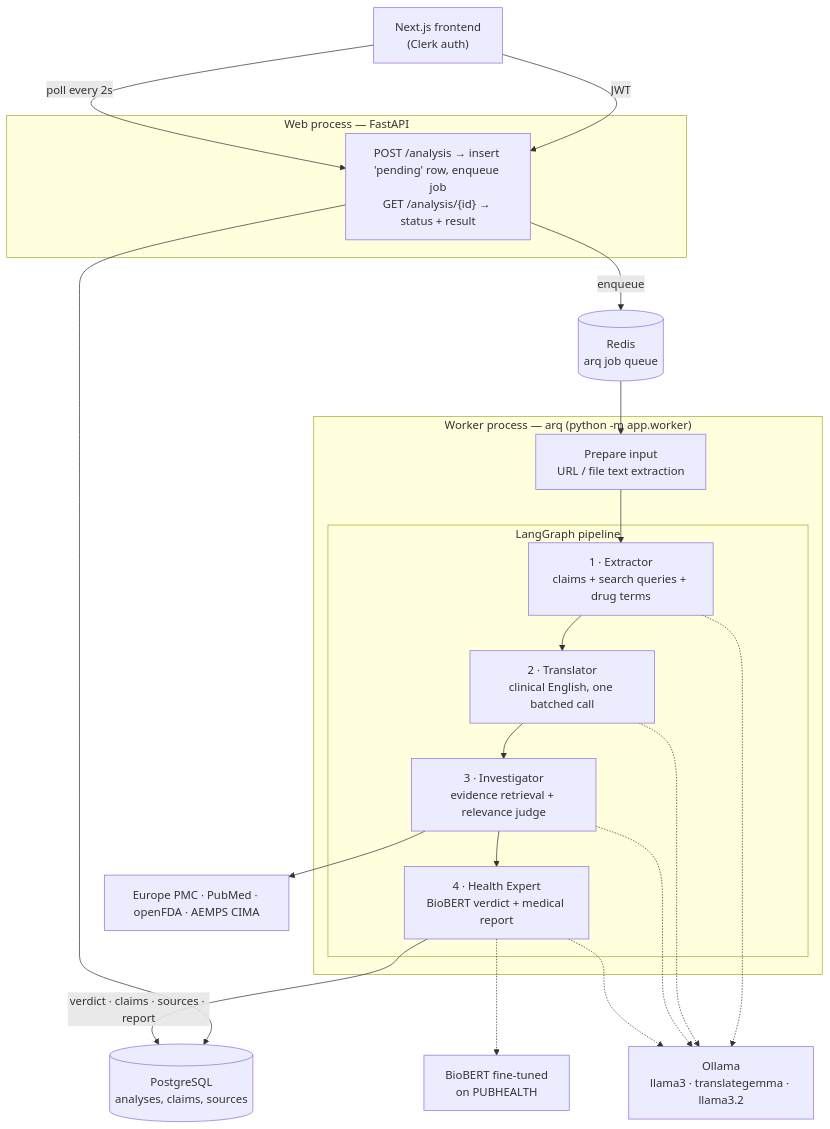
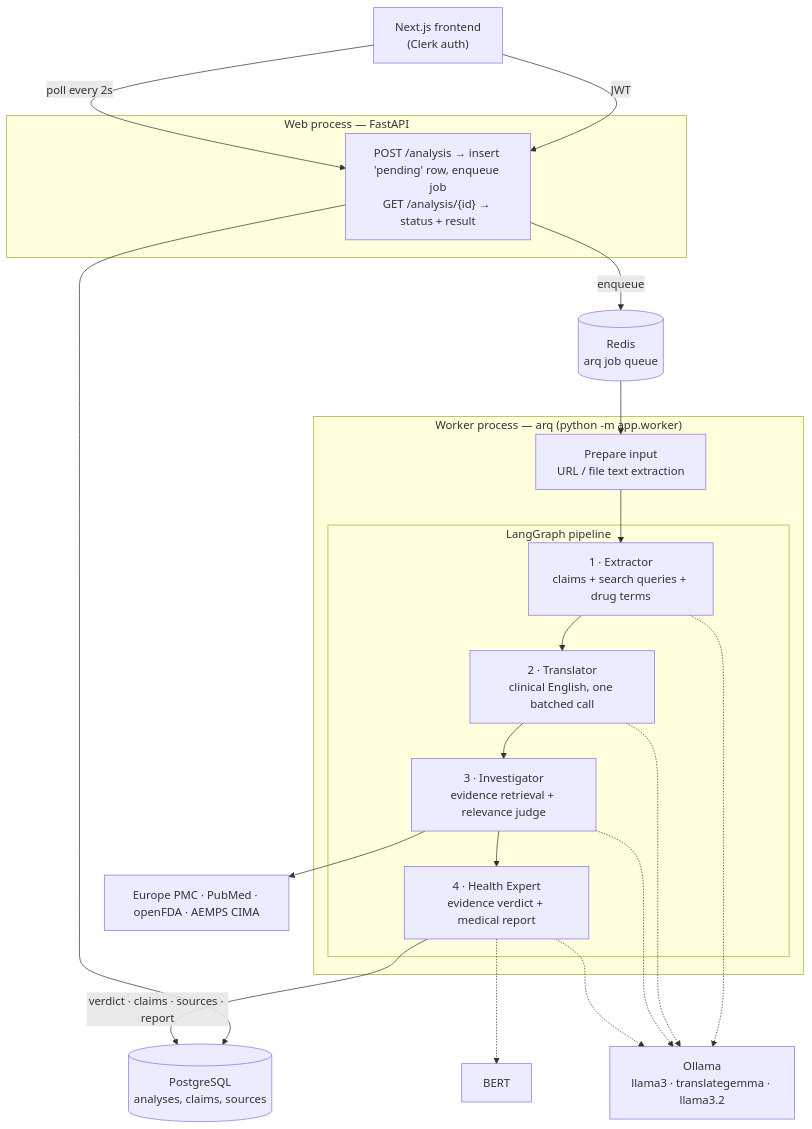
The diagram in README.md (ldelvillar/veritrust), drawn with Mermaid before and after one commit. The commit also changed other lines of this file and 11 other files, not shown here.

First line of the commit message:
feat(agents): derive the verdict from evidence stance instead of BioBERT

````diff
--- a/README.md
+++ b/README.md
@@ -14,40 +14,39 @@
 ```mermaid
 flowchart TB
     UI["Next.js frontend<br/>(Clerk auth)"]
 
     subgraph WEB["Web process — FastAPI"]
         API["POST /analysis → insert 'pending' row, enqueue job<br/>GET /analysis/{id} → status + result"]
     end
 
     PG[("PostgreSQL<br/>analyses, claims, sources")]
     REDIS[("Redis<br/>arq job queue")]
 
     subgraph WORKER["Worker process — arq (python -m app.worker)"]
         PREP["Prepare input<br/>URL / file text extraction"]
         subgraph GRAPH["LangGraph pipeline"]
             EX["1 · Extractor<br/>claims + search queries + drug terms"]
             TR["2 · Translator<br/>clinical English, one batched call"]
             IN["3 · Investigator<br/>evidence retrieval + relevance judge"]
-            HE["4 · Health Expert<br/>BioBERT verdict + medical report"]
+            HE["4 · Health Expert<br/>evidence verdict + medical report"]
             EX --> TR --> IN --> HE
         end
         PREP --> EX
     end
 
     OLLAMA["Ollama<br/>llama3 · translategemma · llama3.2"]
-    BERT["BioBERT fine-tuned<br/>on PUBHEALTH"]
     LIT["Europe PMC · PubMed · openFDA · AEMPS CIMA"]
 
     UI -- "JWT" --> API
     API --> PG
     API -- "enqueue" --> REDIS
     REDIS --> PREP
     EX -.-> OLLAMA
     TR -.-> OLLAMA
     IN -.-> OLLAMA
     HE -.-> OLLAMA
     HE -.-> BERT
     IN --> LIT
     HE -- "verdict · claims · sources · report" --> PG
     UI -- "poll every 2s" --> API
 ```
````
